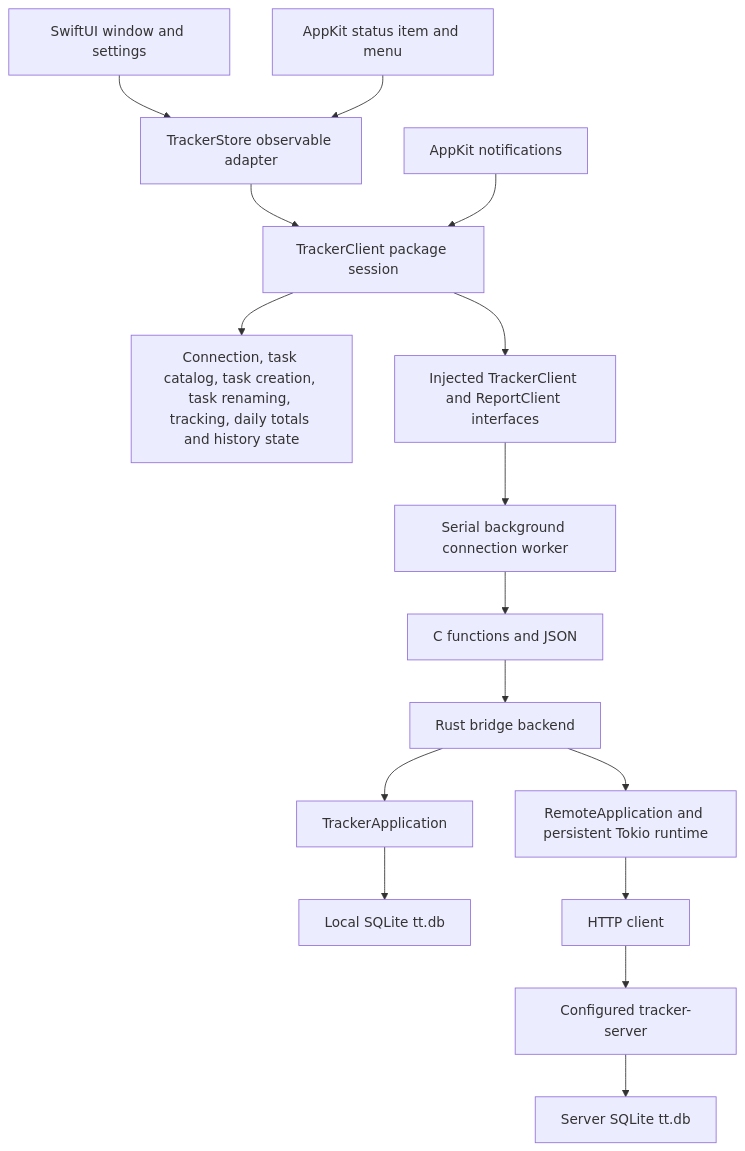
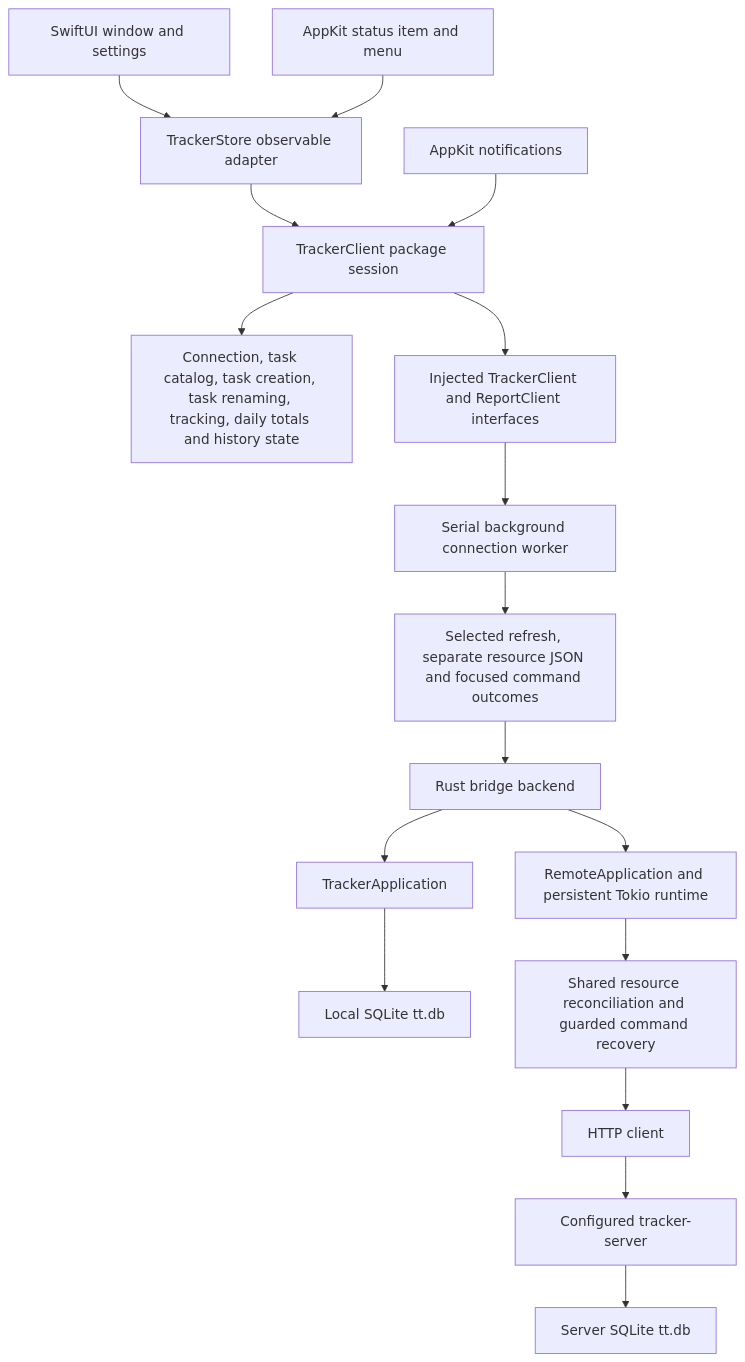
Before and after one commit to remshams/time-tracker: the diagram in apps/swiftui/README.md, drawn with Mermaid. The commit also changed other lines of this file, not shown here.

Commit message:
docs(SwiftUI): describe focused resource reads and command results

````diff
--- a/apps/swiftui/README.md
+++ b/apps/swiftui/README.md
@@ -253,18 +255,19 @@
 ```mermaid
 flowchart TD
     UI[SwiftUI window and settings] --> Store[TrackerStore observable adapter]
     Menu[AppKit status item and menu] --> Store
     Store --> Session[TrackerClient package session]
     Session --> Features[Connection, task catalog, task creation, task renaming, tracking, daily totals and history state]
     Lifecycle[AppKit notifications] --> Session
     Session --> Port[Injected TrackerClient and ReportClient interfaces]
     Port --> Worker[Serial background connection worker]
-    Worker --> ABI[C functions and JSON]
+    Worker --> ABI[Selected refresh, separate resource JSON and focused command outcomes]
     ABI --> Backend[Rust bridge backend]
     Backend --> Local[TrackerApplication]
     Local --> DB[Local SQLite tt.db]
     Backend --> Remote[RemoteApplication and persistent Tokio runtime]
-    Remote --> HTTP[HTTP client]
+    Remote --> Coordinator[Shared resource reconciliation and guarded command recovery]
+    Coordinator --> HTTP[HTTP client]
     HTTP --> Server[Configured tracker-server]
     Server --> ServerDB[Server SQLite tt.db]
 ```
````
